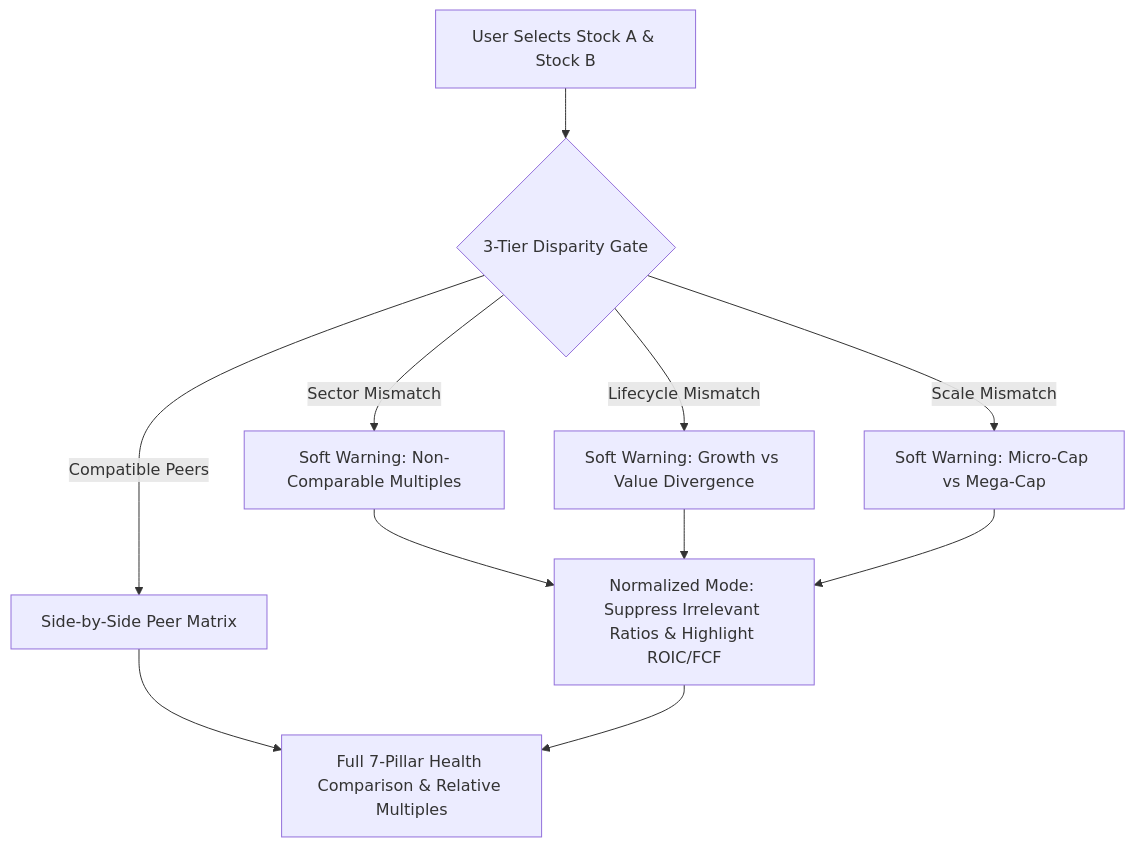
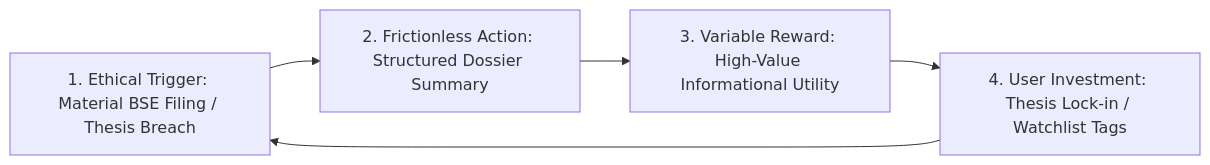
One commit to jaktheripper-bot/Stock_Research_App changed the second of 2 diagrams in .antigravity/docs/BEHAVIORAL_RESEARCH_STUDY.md. Above: the diagram before and after it, drawn with Mermaid. The commit also changed other lines of this file and 42 other files, not shown here.

````diff
--- a/.antigravity/docs/BEHAVIORAL_RESEARCH_STUDY.md
+++ b/.antigravity/docs/BEHAVIORAL_RESEARCH_STUDY.md
@@ -97,13 +213,7 @@
 ```mermaid
-graph TD
-    A[User Selects Stock A & Stock B] --> B{3-Tier Disparity Gate}
-    B -->|Sector Mismatch| C[Soft Warning: Non-Comparable Multiples]
-    B -->|Lifecycle Mismatch| D[Soft Warning: Growth vs Value Divergence]
-    B -->|Scale Mismatch| E[Soft Warning: Micro-Cap vs Mega-Cap]
-    B -->|Compatible Peers| F[Side-by-Side Peer Matrix]
-    C --> G[Normalized Mode: Suppress Irrelevant Ratios & Highlight ROIC/FCF]
-    D --> G
-    E --> G
-    F --> H[Full 7-Pillar Health Comparison & Relative Multiples]
-    G --> H
+graph LR
+    A[1. Ethical Trigger: Material BSE Filing / Thesis Breach] --> B[2. Frictionless Action: Structured Dossier Summary]
+    B --> C[3. Variable Reward: High-Value Informational Utility]
+    C --> D[4. User Investment: Thesis Lock-in / Watchlist Tags]
+    D --> A
 ```
````
